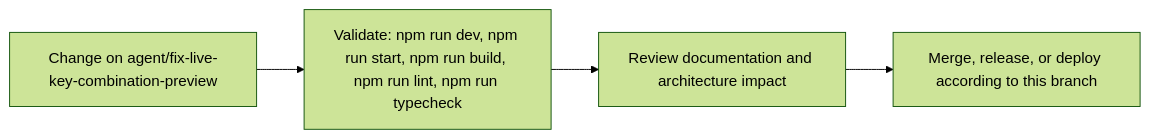
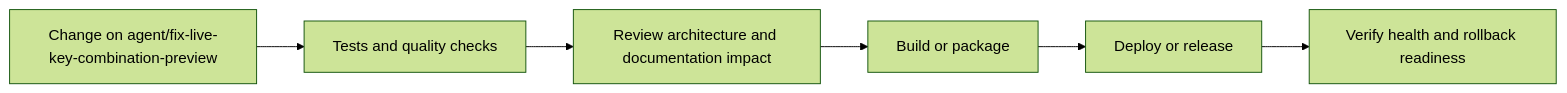
The fourth of 5 diagrams in README.md (Nischhalsubba/BindForge-NW), drawn with Mermaid (forest theme) before and after one commit. The commit also changed other lines of this file, not shown here.

````diff
--- a/README.md
+++ b/README.md
@@ -71,8 +147,8 @@
 ```mermaid
 flowchart LR
-    CHANGE["Change on agent/fix-live-key-combination-preview"]
-    CHECK["Validate: npm run dev, npm run start, npm run build, npm run lint, npm run typecheck"]
-    REVIEW["Review documentation and architecture impact"]
-    RELEASE["Merge, release, or deploy according to this branch"]
-    CHANGE --> CHECK --> REVIEW --> RELEASE
+    CHANGE["Change on agent/fix-live-key-combination-preview"] --> CHECK["Tests and quality checks"]
+    CHECK --> REVIEW["Review architecture and documentation impact"]
+    REVIEW --> BUILD["Build or package"]
+    BUILD --> DEPLOY["Deploy or release"]
+    DEPLOY --> VERIFY["Verify health and rollback readiness"]
 ```
````
